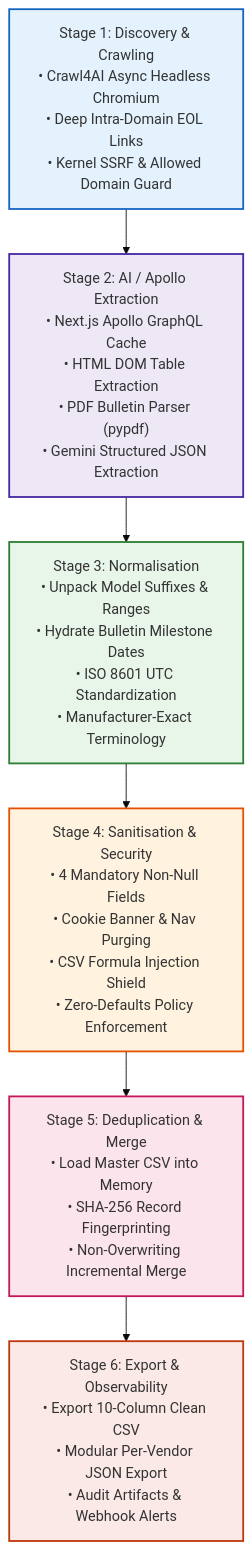
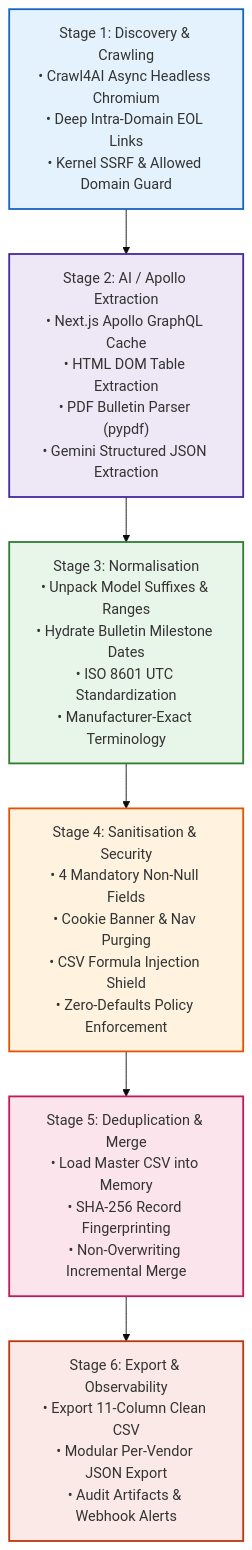
Before and after one commit to CHIRAG3899/universal-product-lifecycle-scraper: the fifth of 7 diagrams in README.md, drawn with Mermaid (base theme). The commit also changed other lines of this file and 15 other files, not shown here.

Commit message:
feat(schema): add aliases column for product models and common names pointing to primary model

````diff
--- a/README.md
+++ b/README.md
@@ -535,22 +535,22 @@
 ```mermaid
 graph TD
     S1["Stage 1: Discovery & Crawling<br/>• Crawl4AI Async Headless Chromium<br/>• Deep Intra-Domain EOL Links<br/>• Kernel SSRF & Allowed Domain Guard"]
     S2["Stage 2: AI / Apollo Extraction<br/>• Next.js Apollo GraphQL Cache<br/>• HTML DOM Table Extraction<br/>• PDF Bulletin Parser (pypdf)<br/>• Gemini Structured JSON Extraction"]
     S3["Stage 3: Normalisation<br/>• Unpack Model Suffixes & Ranges<br/>• Hydrate Bulletin Milestone Dates<br/>• ISO 8601 UTC Standardization<br/>• Manufacturer-Exact Terminology"]
     S4["Stage 4: Sanitisation & Security<br/>• 4 Mandatory Non-Null Fields<br/>• Cookie Banner & Nav Purging<br/>• CSV Formula Injection Shield<br/>• Zero-Defaults Policy Enforcement"]
     S5["Stage 5: Deduplication & Merge<br/>• Load Master CSV into Memory<br/>• SHA-256 Record Fingerprinting<br/>• Non-Overwriting Incremental Merge"]
-    S6["Stage 6: Export & Observability<br/>• Export 10-Column Clean CSV<br/>• Modular Per-Vendor JSON Export<br/>• Audit Artifacts & Webhook Alerts"]
+    S6["Stage 6: Export & Observability<br/>• Export 11-Column Clean CSV<br/>• Modular Per-Vendor JSON Export<br/>• Audit Artifacts & Webhook Alerts"]
 
     S1 --> S2
     S2 --> S3
     S3 --> S4
     S4 --> S5
     S5 --> S6
 
     style S1 fill:#e3f2fd,stroke:#1565c0,stroke-width:2px;
     style S2 fill:#ede7f6,stroke:#4527a0,stroke-width:2px;
     style S3 fill:#e8f5e9,stroke:#2e7d32,stroke-width:2px;
     style S4 fill:#fff3e0,stroke:#e65100,stroke-width:2px;
     style S5 fill:#fce4ec,stroke:#c2185b,stroke-width:2px;
     style S6 fill:#fbe9e7,stroke:#bf360c,stroke-width:2px;
 ```
````
